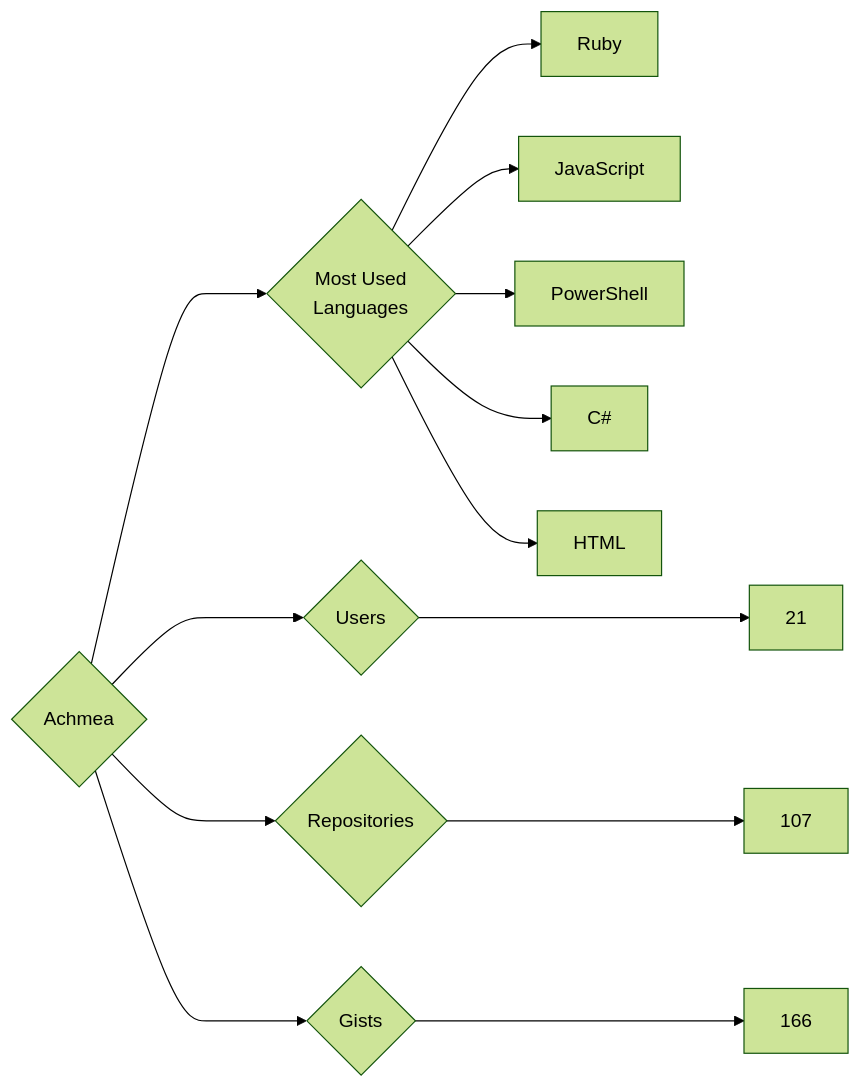
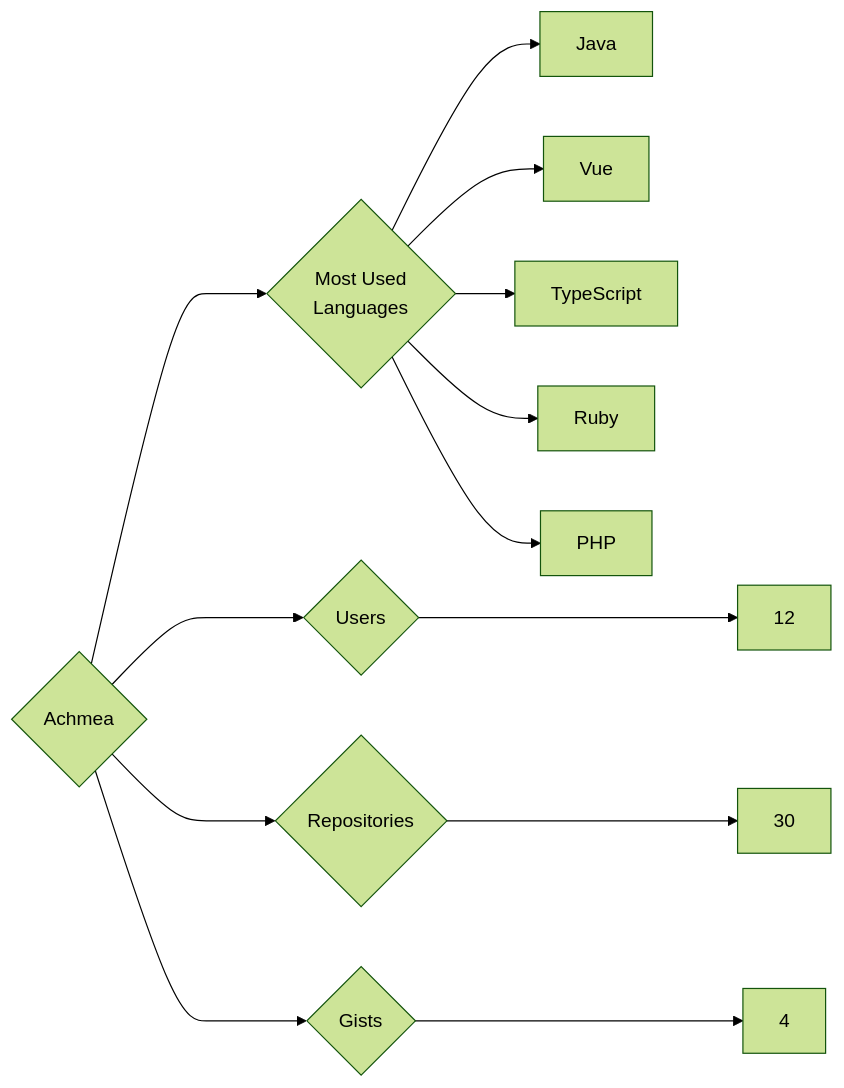
The diagram in targets/Achmea/README.md (trickest/insiders), drawn with Mermaid (forest theme) before and after one commit. The commit also changed 930 other files, not shown here.

````diff
--- a/targets/Achmea/README.md
+++ b/targets/Achmea/README.md
@@ -3,13 +3,13 @@
 ```mermaid
 graph LR
 COMPANY_NAME{Achmea}
-COMPANY_NAME ---> U{Users} ---> UN[21]
-COMPANY_NAME ---> R{Repositories} ---> RN[107]
-COMPANY_NAME ---> G{Gists} ---> GN[166]
+COMPANY_NAME ---> U{Users} ---> UN[12]
+COMPANY_NAME ---> R{Repositories} ---> RN[30]
+COMPANY_NAME ---> G{Gists} ---> GN[4]
 COMPANY_NAME ---> ML{Most Used<br>Languages}
+ML --> Java[Java]
+ML --> Vue[Vue]
+ML --> TypeScript[TypeScript]
 ML --> Ruby[Ruby]
-ML --> JavaScript[JavaScript]
-ML --> PowerShell[PowerShell]
-ML --> C#[C#]
-ML --> HTML[HTML]
+ML --> PHP[PHP]
 ```
````
